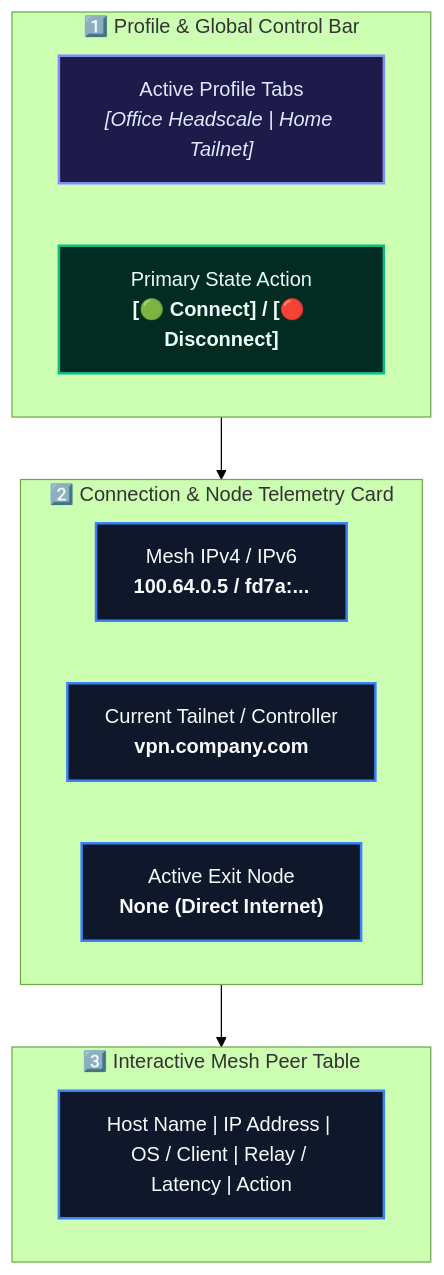
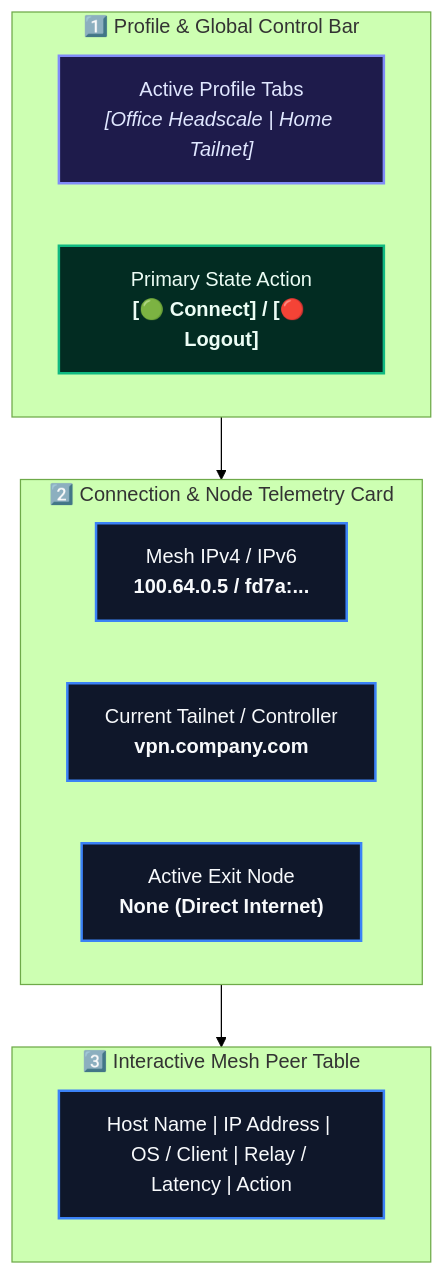
Before and after one commit to Arean82/Tailscale-Headscale-Client: the first of 3 diagrams in Docs/USER_MANUAL.md, drawn with Mermaid (forest theme). The commit also changed other lines of this file and 51 other files, not shown here.

````diff
--- a/Docs/USER_MANUAL.md
+++ b/Docs/USER_MANUAL.md
@@ -34,24 +34,24 @@
 ```mermaid
 flowchart TD
     classDef top fill:#1e1b4b,stroke:#818cf8,stroke-width:2px,color:#e0e7ff;
     classDef card fill:#0f172a,stroke:#3b82f6,stroke-width:2px,color:#f8fafc;
     classDef action fill:#022c22,stroke:#10b981,stroke-width:2px,color:#ecfdf5;
 
     subgraph Top_Bar ["1️⃣ Profile & Global Control Bar"]
         P_SEL["Active Profile Tabs<br><i>[Office Headscale | Home Tailnet]</i>"]:::top
-        BTN_CONN["Primary State Action<br><b>[🟢 Connect] / [🔴 Disconnect]</b>"]:::action
+        BTN_CONN["Primary State Action<br><b>[🟢 Connect] / [🔴 Logout]</b>"]:::action
     end
 
     subgraph Status_Panel ["2️⃣ Connection & Node Telemetry Card"]
         IP["Mesh IPv4 / IPv6<br><b>100.64.0.5 / fd7a:...</b>"]:::card
         NET["Current Tailnet / Controller<br><b>vpn.company.com</b>"]:::card
         EXIT["Active Exit Node<br><b>None (Direct Internet)</b>"]:::card
     end
 
     subgraph Peer_Grid ["3️⃣ Interactive Mesh Peer Table"]
         COL["Host Name | IP Address | OS / Client | Relay / Latency | Action"]:::card
     end
 
     Top_Bar --> Status_Panel
     Status_Panel --> Peer_Grid
 ```
````
